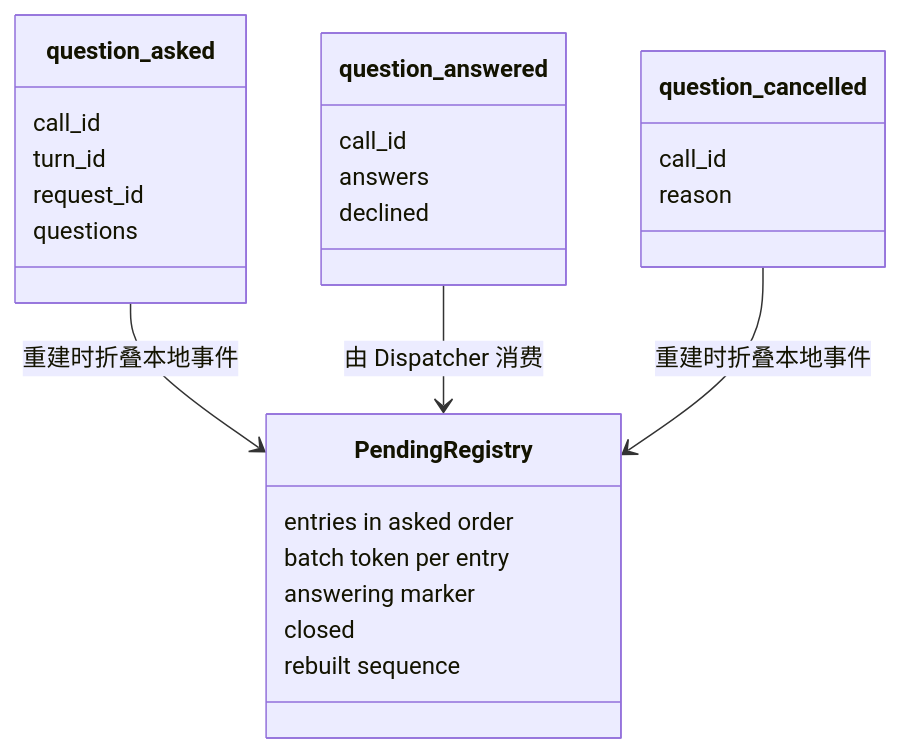
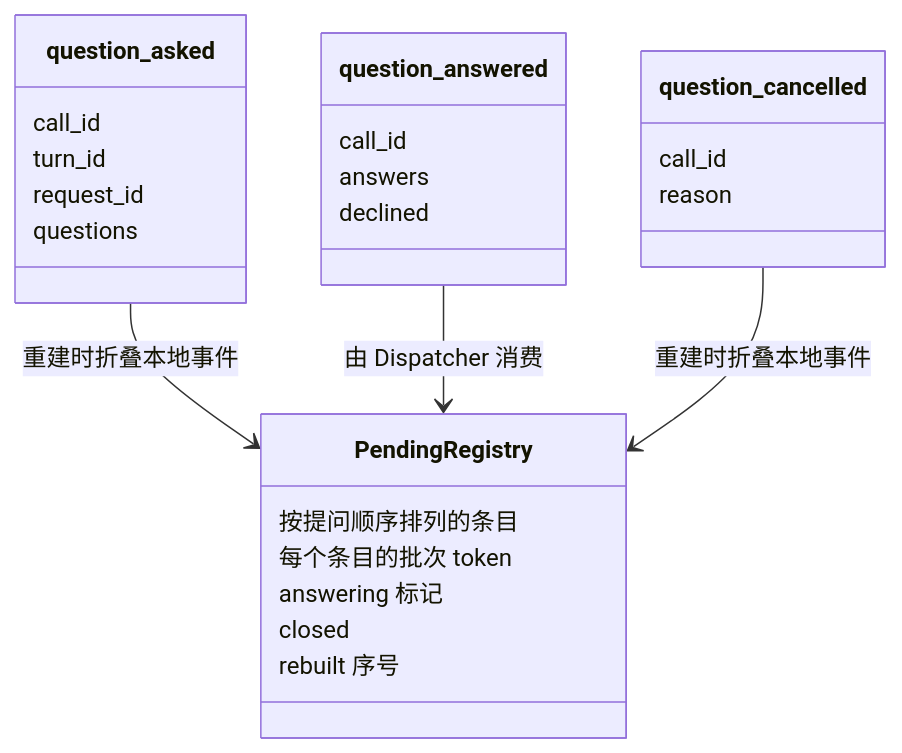
The second of 6 diagrams in docs/zh/design/plugins/Questions.md (CoutinhoTTS/dim-agent), drawn with Mermaid before and after one commit. The commit also changed other lines of this file and 18 other files, not shown here.

````diff
--- a/docs/zh/design/plugins/Questions.md
+++ b/docs/zh/design/plugins/Questions.md
@@ -49,28 +49,28 @@
 ```mermaid
 classDiagram
   class question_asked {
     call_id
     turn_id
     request_id
     questions
   }
   class question_answered {
     call_id
     answers
     declined
   }
   class question_cancelled {
     call_id
     reason
   }
   class PendingRegistry {
-    entries in asked order
-    batch token per entry
-    answering marker
+    按提问顺序排列的条目
+    每个条目的批次 token
+    answering 标记
     closed
-    rebuilt sequence
+    rebuilt 序号
   }
   question_asked --> PendingRegistry : 重建时折叠本地事件
   question_answered --> PendingRegistry : 由 Dispatcher 消费
   question_cancelled --> PendingRegistry : 重建时折叠本地事件
 ```
````
